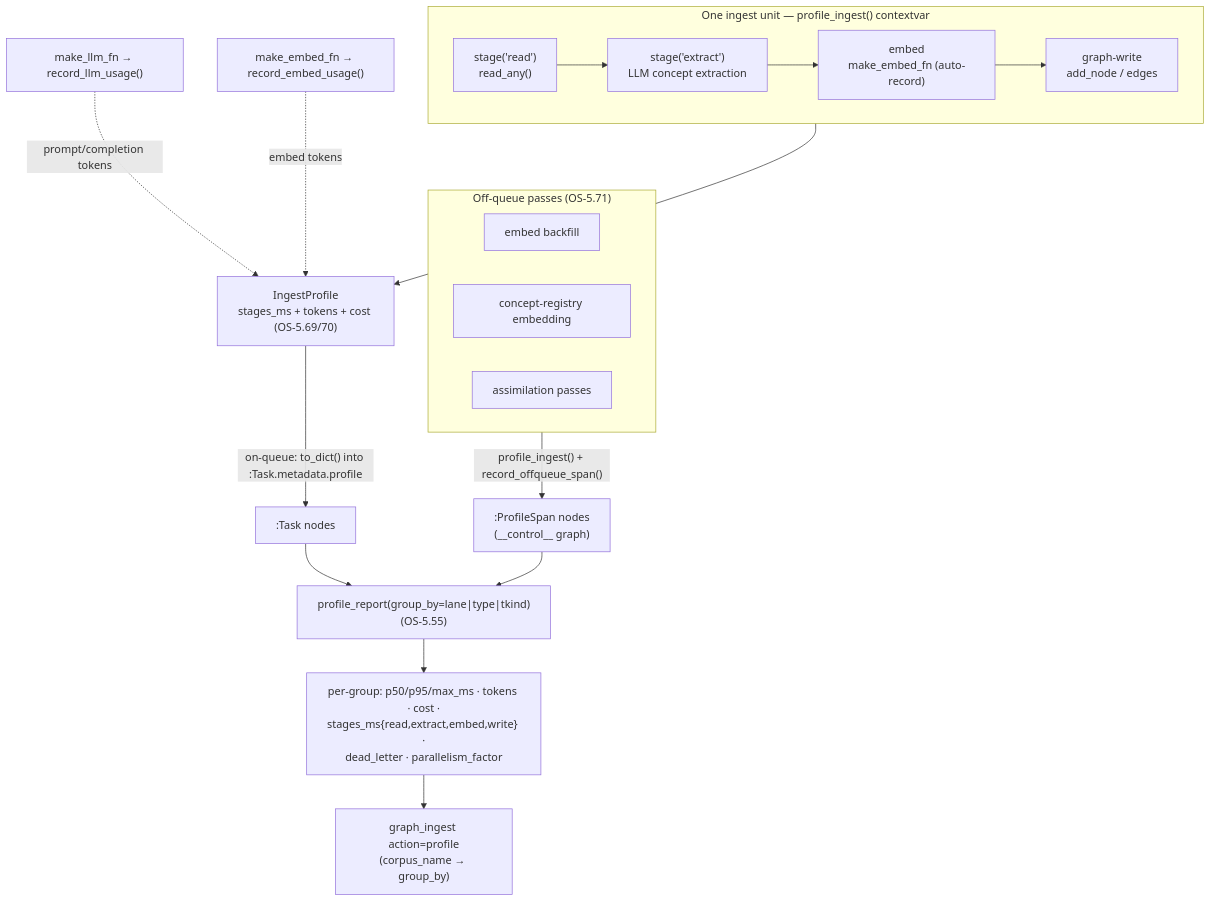
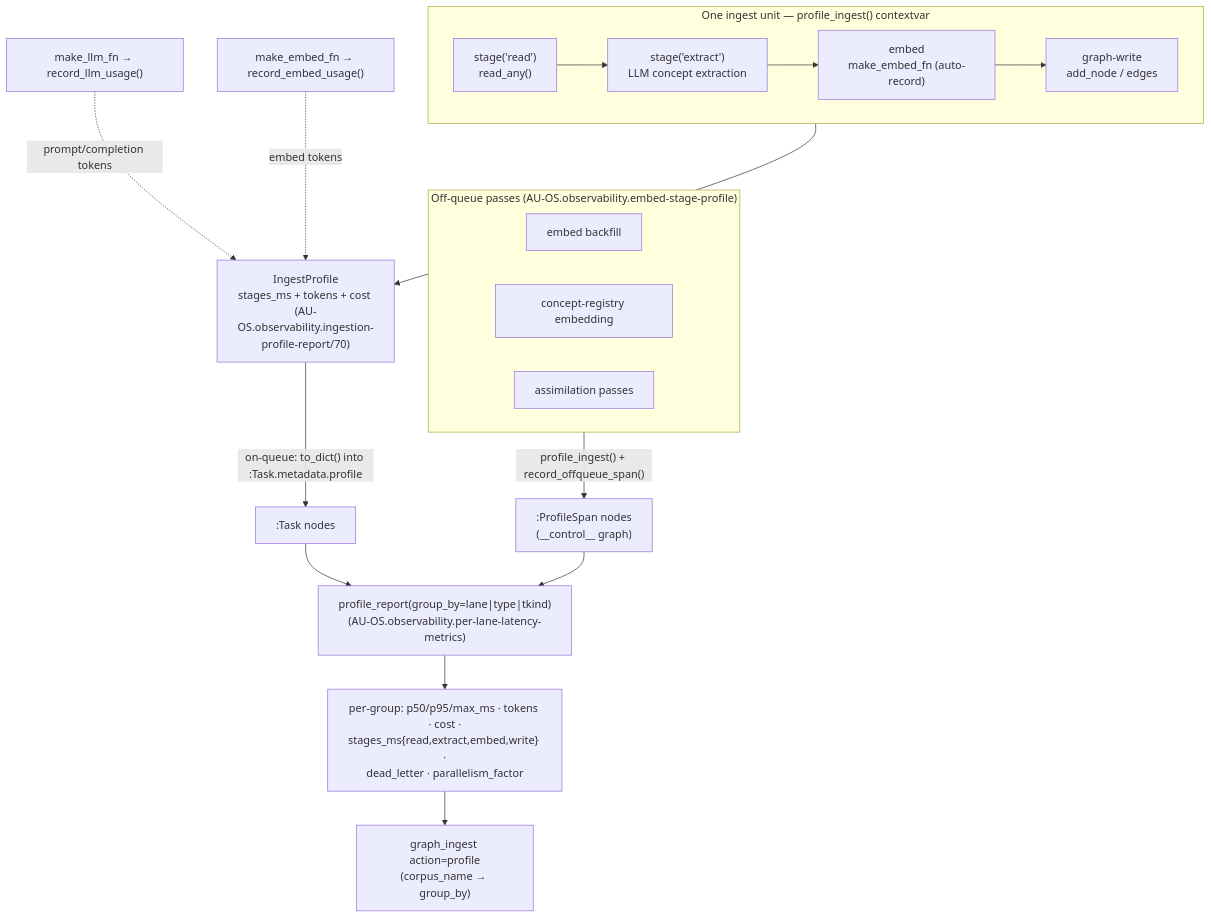
One commit to Knuckles-Team/agent-utilities changed the second of 2 diagrams in docs/architecture/ingestion_throughput.md. Above: the diagram before and after it, drawn with Mermaid. The commit also changed other lines of this file and 2324 other files, not shown here.

````diff
--- a/docs/architecture/ingestion_throughput.md
+++ b/docs/architecture/ingestion_throughput.md
@@ -128,25 +128,25 @@
 ```mermaid
 flowchart TB
     subgraph ONE["One ingest unit — profile_ingest() contextvar"]
         direction LR
         S1["stage('read')<br/>read_any()"] --> S2["stage('extract')<br/>LLM concept extraction"]
         S2 --> S3["embed<br/>make_embed_fn (auto-record)"]
         S3 --> S4["graph-write<br/>add_node / edges"]
     end
-    LLMW["make_llm_fn → record_llm_usage()"] -. "prompt/completion tokens" .-> PROF["IngestProfile<br/>stages_ms + tokens + cost (OS-5.69/70)"]
+    LLMW["make_llm_fn → record_llm_usage()"] -. "prompt/completion tokens" .-> PROF["IngestProfile<br/>stages_ms + tokens + cost (AU-OS.observability.ingestion-profile-report/70)"]
     EMBW["make_embed_fn → record_embed_usage()"] -. "embed tokens" .-> PROF
     ONE --> PROF
     PROF -->|"on-queue: to_dict() into :Task.metadata.profile"| TASK[":Task nodes"]
 
-    subgraph OFFQ["Off-queue passes (OS-5.71)"]
+    subgraph OFFQ["Off-queue passes (AU-OS.observability.embed-stage-profile)"]
         BF["embed backfill"]
         CR["concept-registry embedding"]
         AS["assimilation passes"]
     end
     OFFQ -->|"profile_ingest() + record_offqueue_span()"| SPAN[":ProfileSpan nodes<br/>(__control__ graph)"]
 
-    TASK --> RPT["profile_report(group_by=lane|type|tkind)<br/>(OS-5.55)"]
+    TASK --> RPT["profile_report(group_by=lane|type|tkind)<br/>(AU-OS.observability.per-lane-latency-metrics)"]
     SPAN --> RPT
     RPT --> OUT["per-group: p50/p95/max_ms · tokens · cost ·<br/>stages_ms{read,extract,embed,write} ·<br/>dead_letter · parallelism_factor"]
     OUT --> TOOL["graph_ingest action=profile<br/>(corpus_name → group_by)"]
 ```
````
